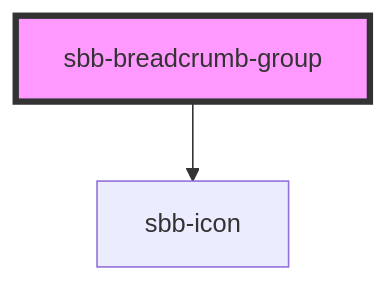
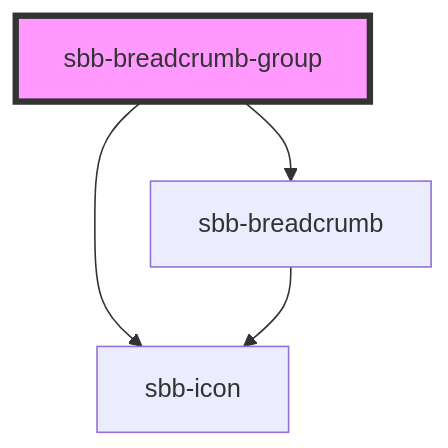
Before and after one commit to sbb-design-systems/lyne-components: the diagram in src/components/sbb-breadcrumb-group/readme.md, drawn with Mermaid. The commit also changed other lines of this file and 3 other files, not shown here.

````diff
--- a/src/components/sbb-breadcrumb-group/readme.md
+++ b/src/components/sbb-breadcrumb-group/readme.md
@@ -20,5 +21,7 @@
 ```mermaid
 graph TD;
   sbb-breadcrumb-group --> sbb-icon
+  sbb-breadcrumb-group --> sbb-breadcrumb
+  sbb-breadcrumb --> sbb-icon
   style sbb-breadcrumb-group fill:#f9f,stroke:#333,stroke-width:4px
 ```
````
